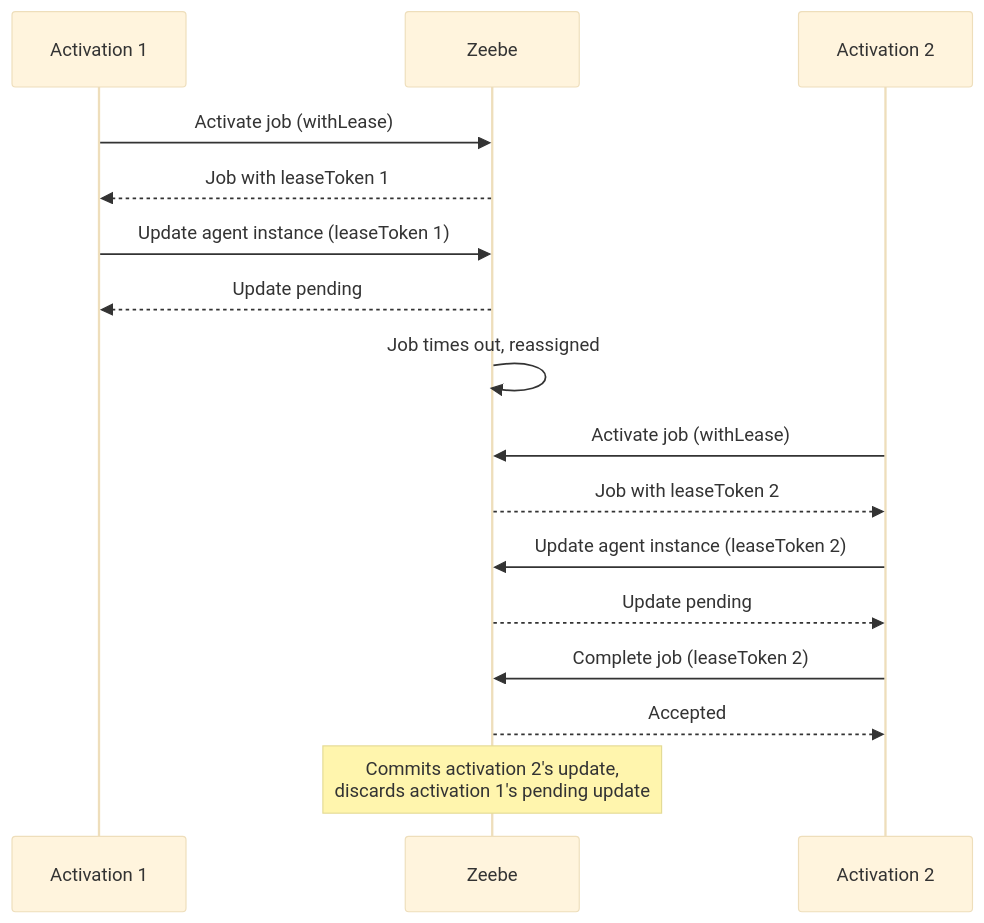
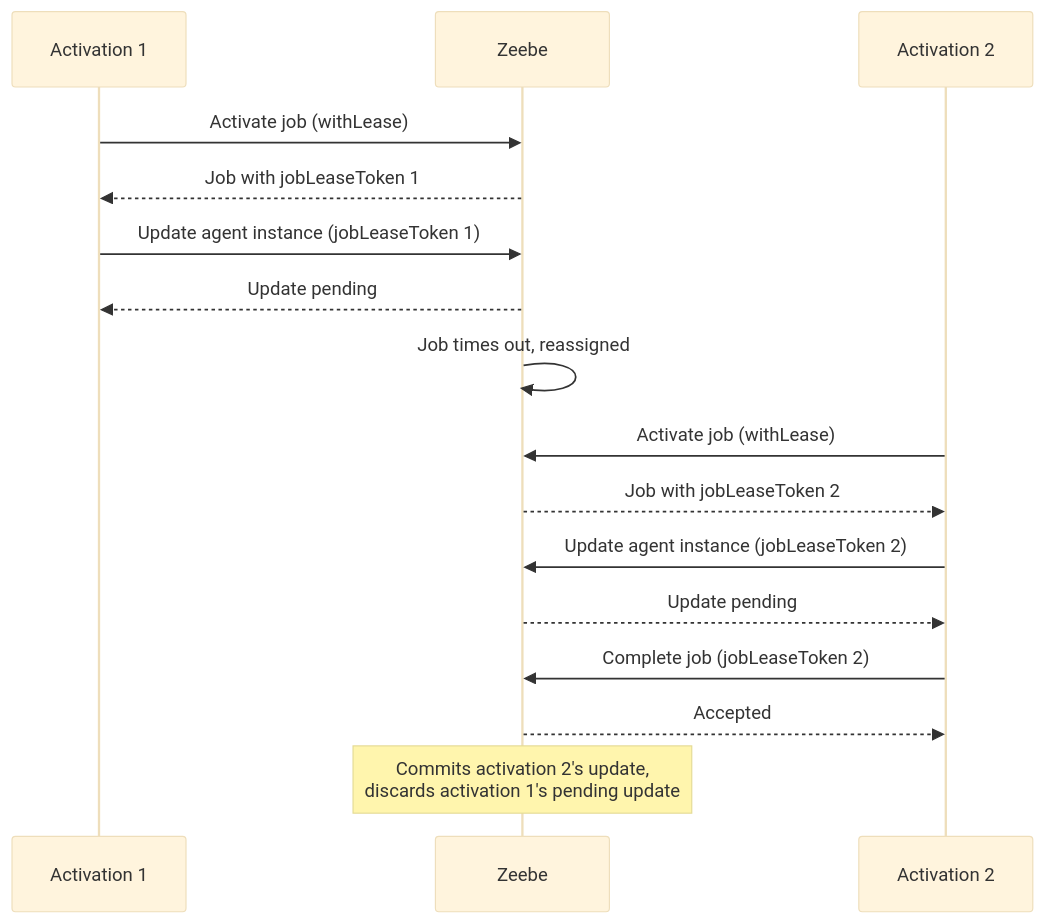
Before and after one commit to bpmnkit/monorepo: the third of 3 diagrams in packages/camunda-docspack/.llms/chunks/components.concepts.job-workers.job-leasing.md, drawn with Mermaid (base theme). The commit also changed other lines of this file and 16 other files, not shown here.

````diff
--- a/packages/camunda-docspack/.llms/chunks/components.concepts.job-workers.job-leasing.md
+++ b/packages/camunda-docspack/.llms/chunks/components.concepts.job-workers.job-leasing.md
@@ -49,19 +49,19 @@
 ```mermaid
 sequenceDiagram
     participant A1 as Activation 1
     participant Z as Zeebe
     participant A2 as Activation 2
 
     A1->>Z: Activate job (withLease)
-    Z-->>A1: Job with leaseToken 1
-    A1->>Z: Update agent instance (leaseToken 1)
+    Z-->>A1: Job with jobLeaseToken 1
+    A1->>Z: Update agent instance (jobLeaseToken 1)
     Z-->>A1: Update pending
     Z->>Z: Job times out, reassigned
     A2->>Z: Activate job (withLease)
-    Z-->>A2: Job with leaseToken 2
-    A2->>Z: Update agent instance (leaseToken 2)
+    Z-->>A2: Job with jobLeaseToken 2
+    A2->>Z: Update agent instance (jobLeaseToken 2)
     Z-->>A2: Update pending
-    A2->>Z: Complete job (leaseToken 2)
+    A2->>Z: Complete job (jobLeaseToken 2)
     Z-->>A2: Accepted
     Note over Z: Commits activation 2's update,<br/>discards activation 1's pending update
 ```
````
